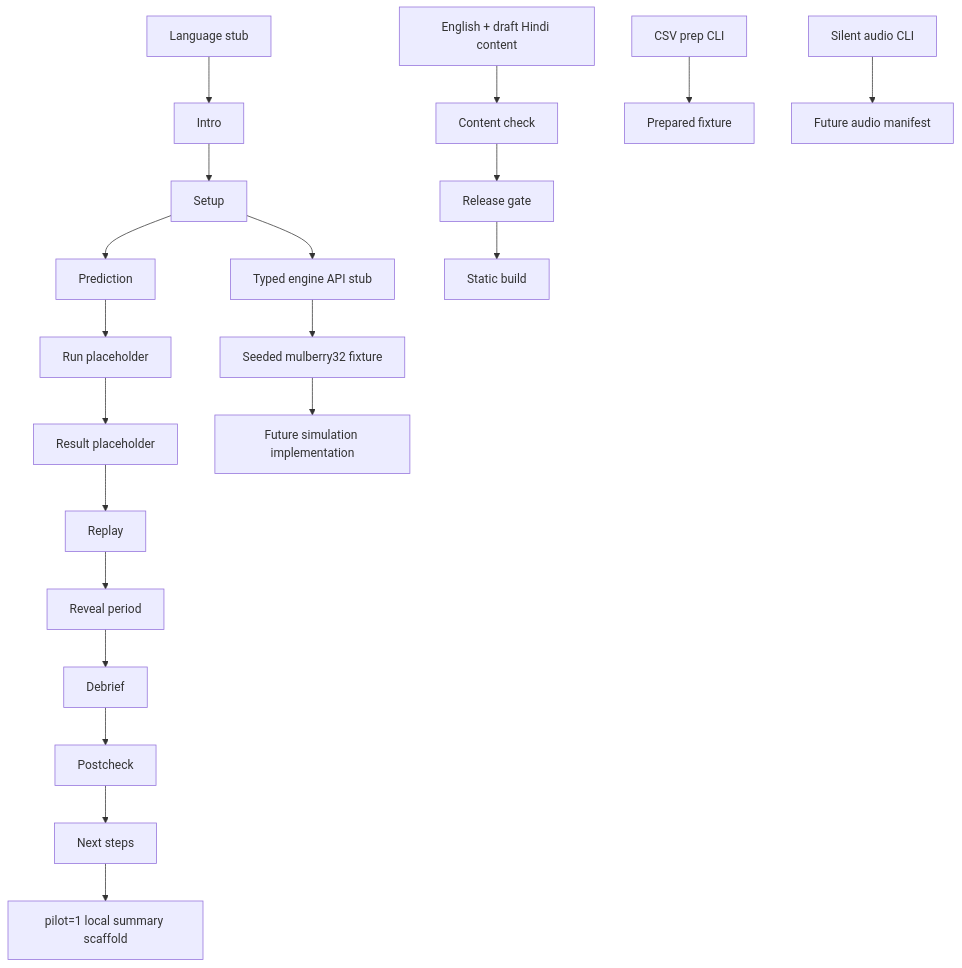
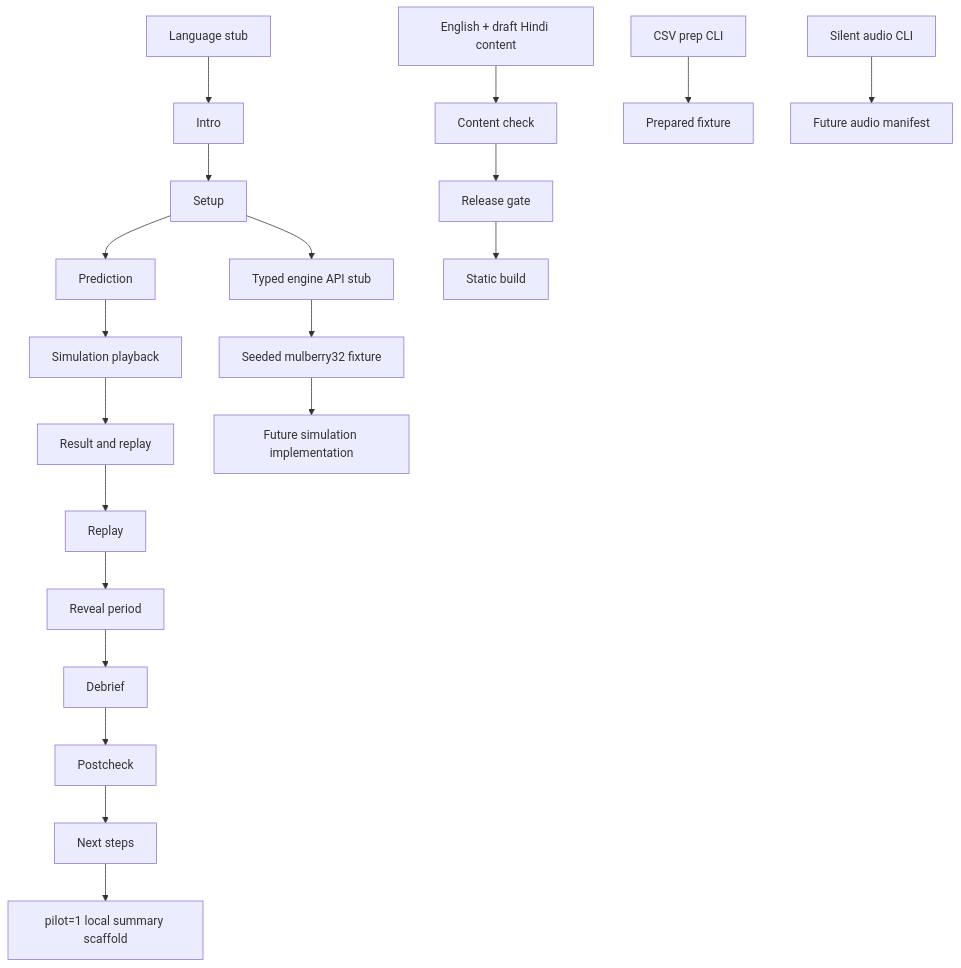
One commit to nomadrai/anubhav changed the diagram in docs/ARCHITECTURE.md. Above: the diagram before and after it, drawn with Mermaid. The commit also changed other lines of this file and 38 other files, not shown here.

````diff
--- a/docs/ARCHITECTURE.md
+++ b/docs/ARCHITECTURE.md
@@ -20,24 +20,24 @@
 ```mermaid
 flowchart TD
   A[Language stub] --> B[Intro]
   B --> C[Setup]
   C --> D[Prediction]
-  D --> E[Run placeholder]
-  E --> F[Result placeholder]
+  D --> E[Simulation playback]
+  E --> F[Result and replay]
   F --> G[Replay]
   G --> H[Reveal period]
   H --> I[Debrief]
   I --> J[Postcheck]
   J --> K[Next steps]
   K --> L[pilot=1 local summary scaffold]
 
   C --> X[Typed engine API stub]
   X --> Y[Seeded mulberry32 fixture]
   Y --> Z[Future simulation implementation]
 
   M[English + draft Hindi content] --> N[Content check]
   N --> O[Release gate]
   P[CSV prep CLI] --> Q[Prepared fixture]
   R[Silent audio CLI] --> S[Future audio manifest]
   O --> T[Static build]
 ```
````
